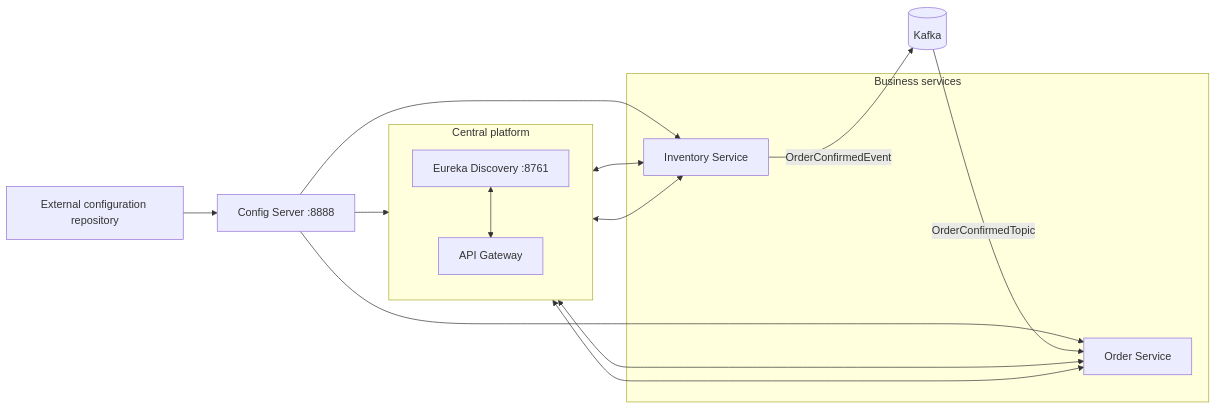
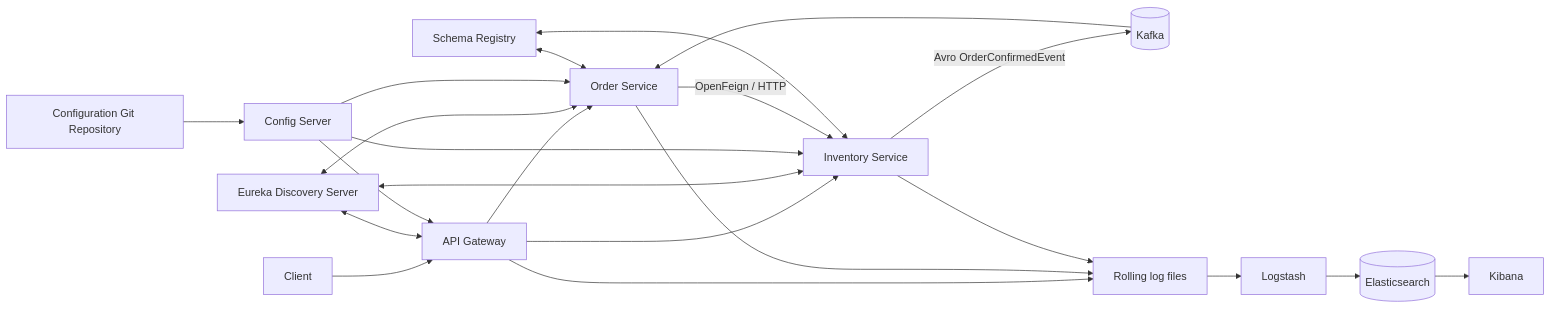
One commit to shubhgaur37/eCommerce changed the first of 3 diagrams in README.md. Above: the diagram before and after it, drawn with Mermaid. The commit also changed other lines of this file, not shown here.

````diff
--- a/README.md
+++ b/README.md
@@ -25,29 +34,28 @@
 ```mermaid
 flowchart LR
-    configRepo["External configuration repository"] --> configServer["Config Server :8888"]
+    client[Client] --> gateway[API Gateway]
+    gateway --> order[Order Service]
+    gateway --> inventory[Inventory Service]
 
-    subgraph platform["Central platform"]
-        direction TB
-        gateway["API Gateway"]
-        discovery["Eureka Discovery :8761"]
-    end
-
-    subgraph applications["Business services"]
-        order["Order Service"]
-        inventory["Inventory Service"]
-    end
-
-    configServer --> gateway
-    configServer --> order
-    configServer --> inventory
-
-    gateway <--> order
-    gateway <--> inventory
-    discovery <--> gateway
+    discovery[Eureka Discovery Server] <--> gateway
     discovery <--> order
     discovery <--> inventory
 
-    kafka[(Kafka)]
-    inventory -->|OrderConfirmedEvent| kafka
-    kafka -->|OrderConfirmedTopic| order
+    configRepo[Configuration Git Repository] --> config[Config Server]
+    config --> gateway
+    config --> order
+    config --> inventory
+
+    order -->|OpenFeign / HTTP| inventory
+    inventory -->|Avro OrderConfirmedEvent| kafka[(Kafka)]
+    kafka --> order
+    schema[Schema Registry] <--> inventory
+    schema <--> order
+
+    gateway --> logFiles[Rolling log files]
+    order --> logFiles
+    inventory --> logFiles
+    logFiles --> logstash[Logstash]
+    logstash --> elasticsearch[(Elasticsearch)]
+    elasticsearch --> kibana[Kibana]
 ```
````
